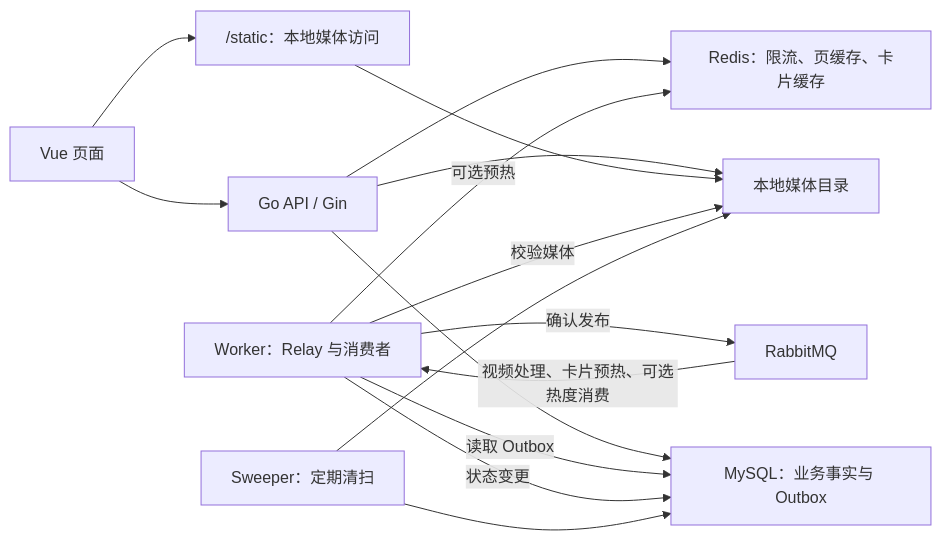
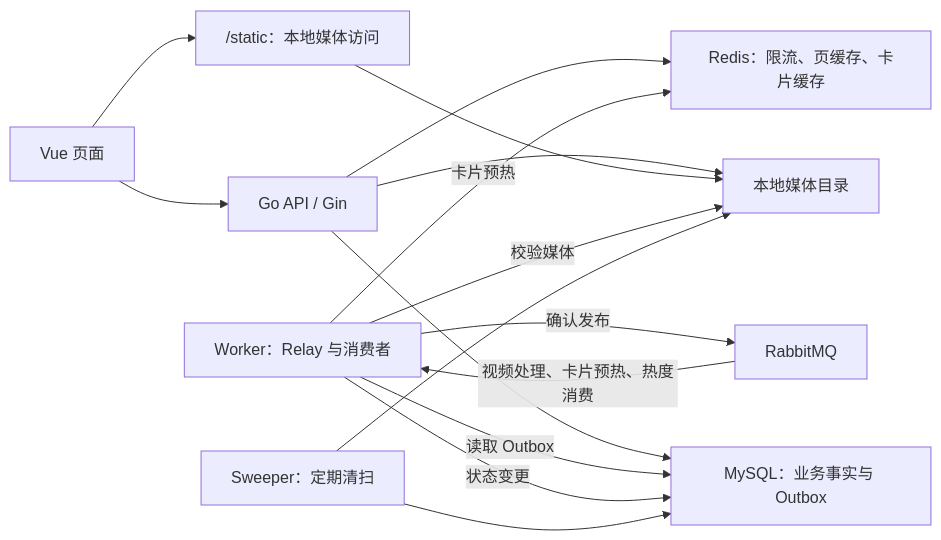
The first of 10 diagrams in docs/SOURCE_CODE_GUIDE.md (E1aina2007/GoFeed), drawn with Mermaid before and after one commit. The commit also changed other lines of this file and 2 other files, not shown here.

````diff
--- a/docs/SOURCE_CODE_GUIDE.md
+++ b/docs/SOURCE_CODE_GUIDE.md
@@ -33,17 +33,17 @@
 ```mermaid
 flowchart LR
     Browser["Vue 页面"] --> API["Go API / Gin"]
     API --> MySQL["MySQL：业务事实与 Outbox"]
     API --> Redis["Redis：限流、页缓存、卡片缓存"]
     Browser --> Static["/static：本地媒体访问"]
     API --> Files["本地媒体目录"]
     Static --> Files
     Worker["Worker：Relay 与消费者"] -->|读取 Outbox| MySQL
     Worker -->|确认发布| MQ["RabbitMQ"]
-    MQ -->|视频处理、卡片预热、可选热度消费| Worker
+    MQ -->|视频处理、卡片预热、热度消费| Worker
     Worker -->|状态变更| MySQL
     Worker -->|校验媒体| Files
-    Worker -->|可选预热| Redis
+    Worker -->|卡片预热| Redis
     Sweeper["Sweeper：定期清扫"] --> MySQL
     Sweeper --> Files
 ```
````
